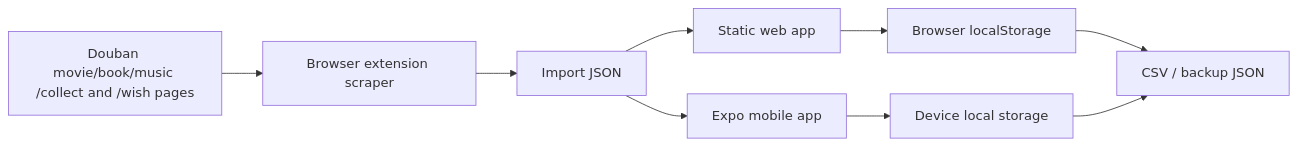
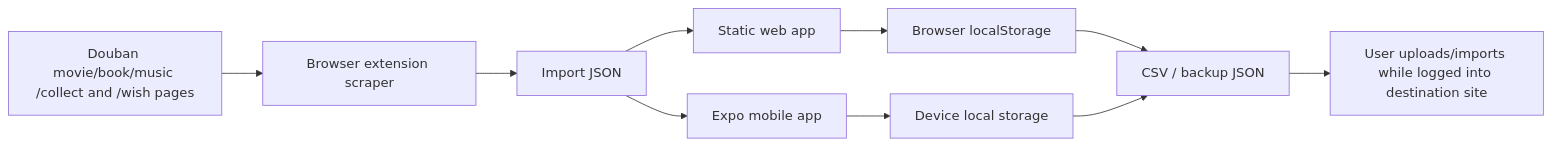
Before and after one commit to otterlymavis/DoubanRefugee: the diagram in docs/ARCHITECTURE.md, drawn with Mermaid. The commit also changed other lines of this file and 10 other files, not shown here.

Commit message:
Clarify export-first transfer flow

````diff
--- a/docs/ARCHITECTURE.md
+++ b/docs/ARCHITECTURE.md
@@ -9,11 +10,12 @@
 ```mermaid
 flowchart LR
   D["Douban movie/book/music /collect and /wish pages"] --> E["Browser extension scraper"]
   E --> J["Import JSON"]
   J --> W["Static web app"]
   J --> M["Expo mobile app"]
   W --> L["Browser localStorage"]
   M --> S["Device local storage"]
   L --> X["CSV / backup JSON"]
   S --> X
+  X --> U["User uploads/imports while logged into destination site"]
 ```
````
